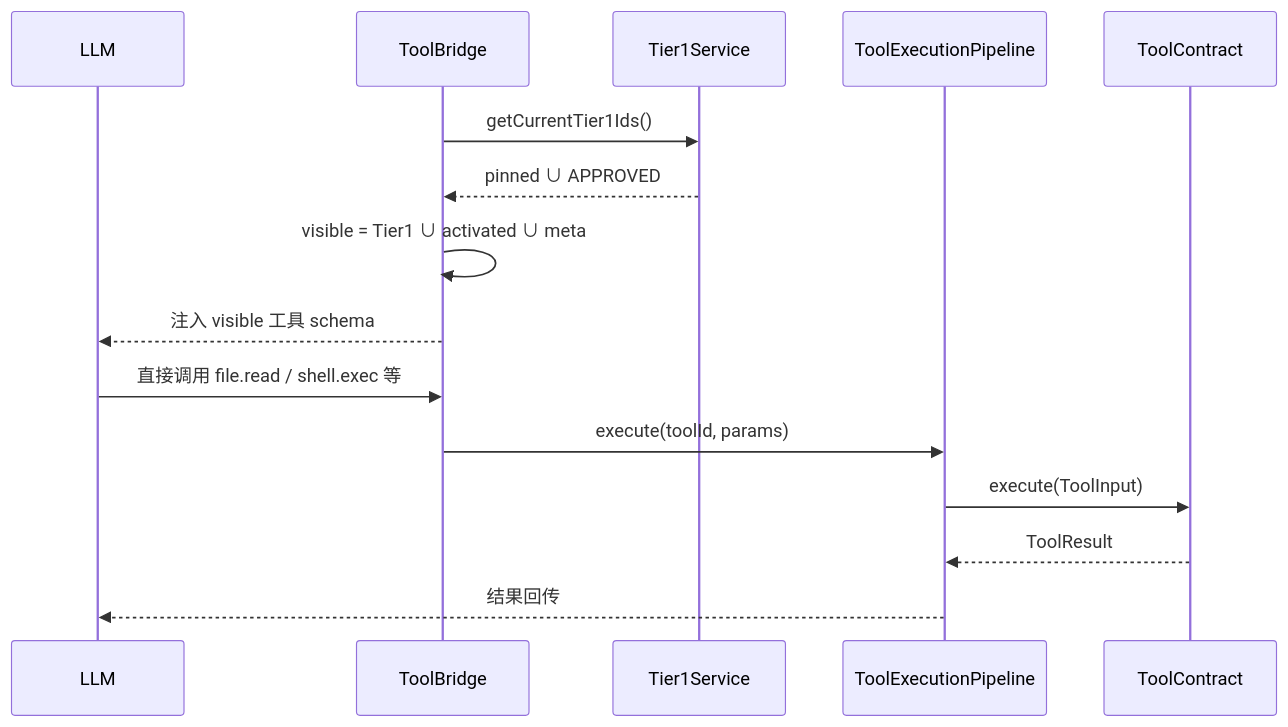
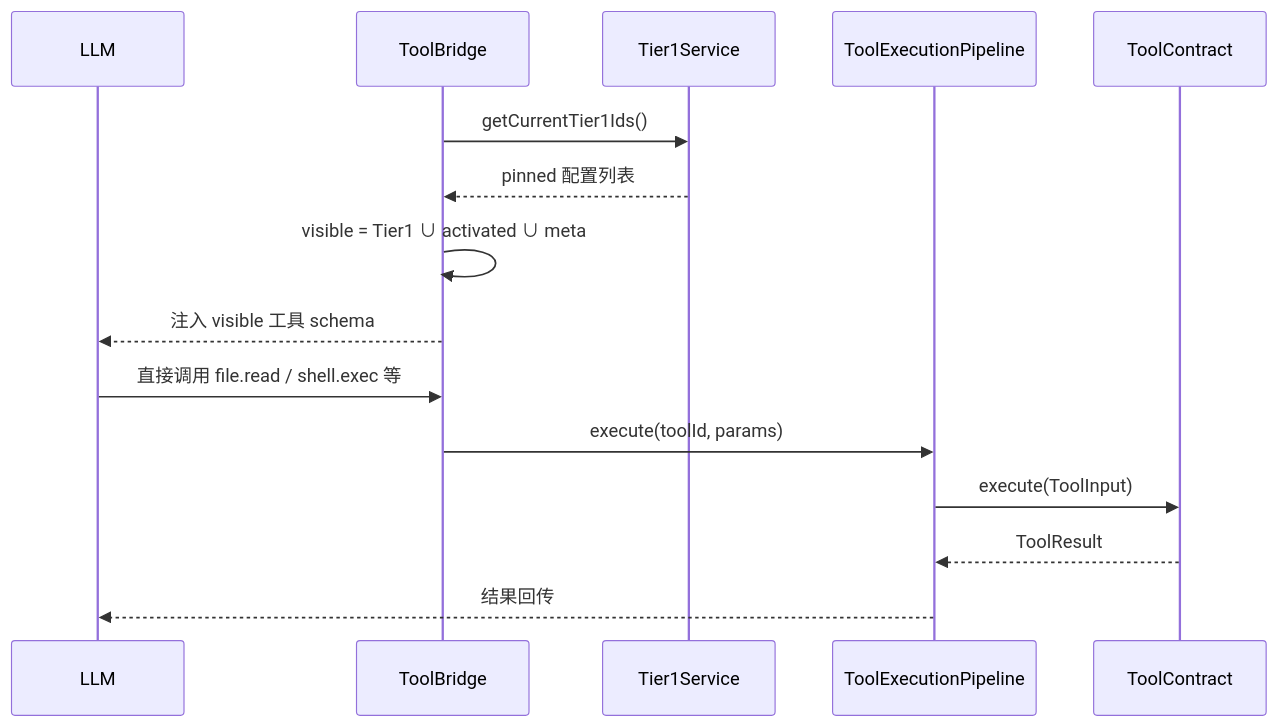
One commit to ntygod/LifePilot changed the second of 3 diagrams in docs/architecture/tool-ecosystem.md. Above: the diagram before and after it, drawn with Mermaid. The commit also changed other lines of this file and 170 other files, not shown here.

````diff
--- a/docs/architecture/tool-ecosystem.md
+++ b/docs/architecture/tool-ecosystem.md
@@ -151,18 +148,18 @@
 ```mermaid
 sequenceDiagram
     participant LLM as LLM
     participant BR as ToolBridge
     participant T1 as Tier1Service
     participant P as ToolExecutionPipeline
     participant T as ToolContract
 
     BR->>T1: getCurrentTier1Ids()
-    T1-->>BR: pinned ∪ APPROVED
+    T1-->>BR: pinned 配置列表
     BR->>BR: visible = Tier1 ∪ activated ∪ meta
     BR-->>LLM: 注入 visible 工具 schema
     LLM->>BR: 直接调用 file.read / shell.exec 等
     BR->>P: execute(toolId, params)
     P->>T: execute(ToolInput)
     T-->>P: ToolResult
     P-->>LLM: 结果回传
 ```
````
